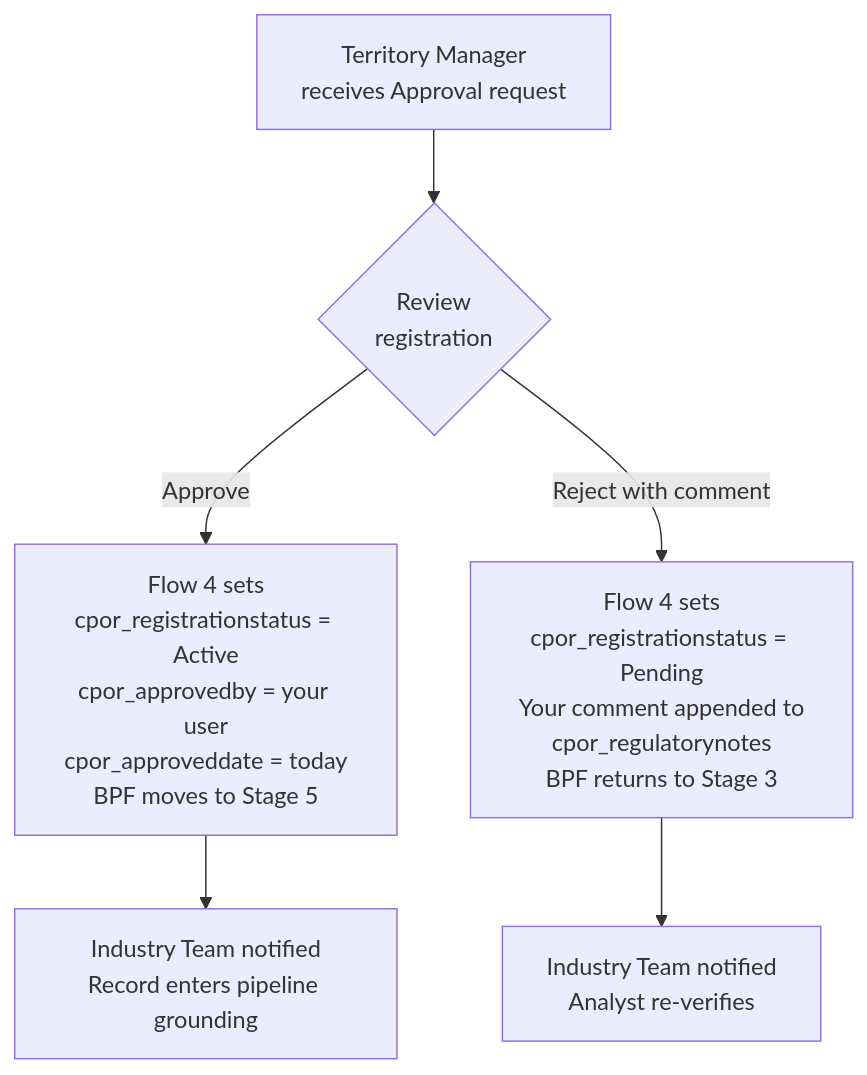
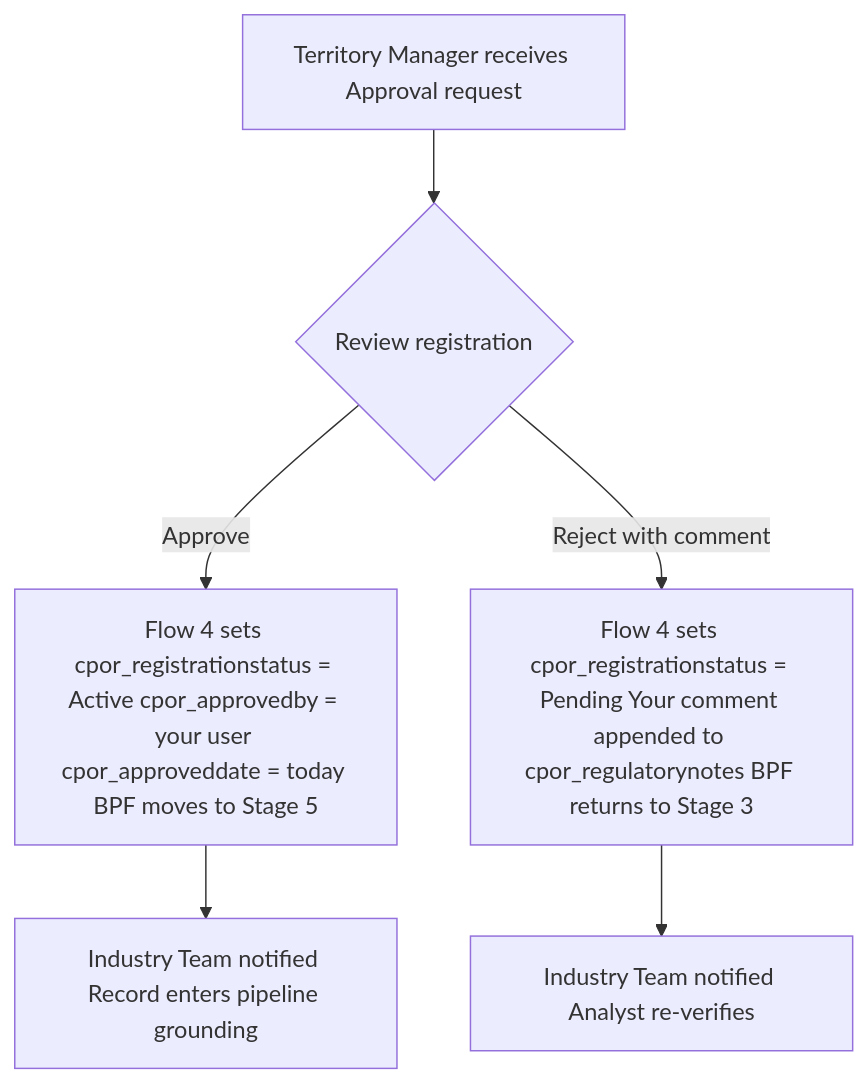
One commit to enewbold-devops/CPOR-Industry-Engagement changed the seventh of 23 diagrams in README.md. Above: the diagram before and after it, drawn with Mermaid. The commit also changed other lines of this file, not shown here.

````diff
--- a/README.md
+++ b/README.md
@@ -420,8 +420,8 @@
 ```mermaid
 flowchart TD
-    TM[Territory Manager\nreceives Approval request] --> D{Review\nregistration}
-    D -->|Approve| A1[Flow 4 sets\ncpor_registrationstatus = Active\ncpor_approvedby = your user\ncpor_approveddate = today\nBPF moves to Stage 5]
-    A1 --> A2[Industry Team notified\nRecord enters pipeline grounding]
-    D -->|Reject with comment| R1[Flow 4 sets\ncpor_registrationstatus = Pending\nYour comment appended to\ncpor_regulatorynotes\nBPF returns to Stage 3]
-    R1 --> R2[Industry Team notified\nAnalyst re-verifies]
+    TM[Territory Manager receives Approval request] --> D{Review registration}
+    D -->|Approve| A1[Flow 4 sets cpor_registrationstatus = Active cpor_approvedby = your user cpor_approveddate = today BPF moves to Stage 5]
+    A1 --> A2[Industry Team notified Record enters pipeline grounding]
+    D -->|Reject with comment| R1[Flow 4 sets cpor_registrationstatus = Pending Your comment appended to cpor_regulatorynotes BPF returns to Stage 3]
+    R1 --> R2[Industry Team notified Analyst re-verifies]
 ```
````
